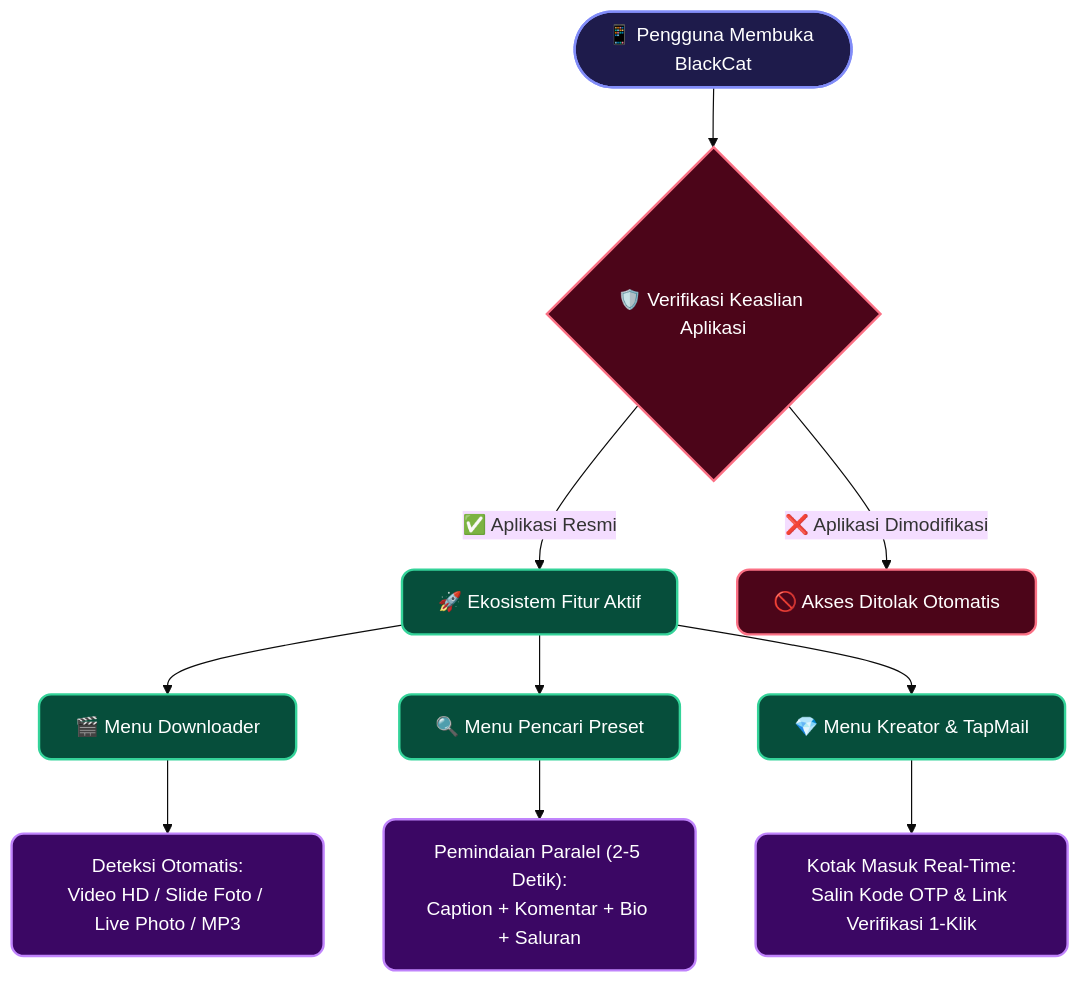
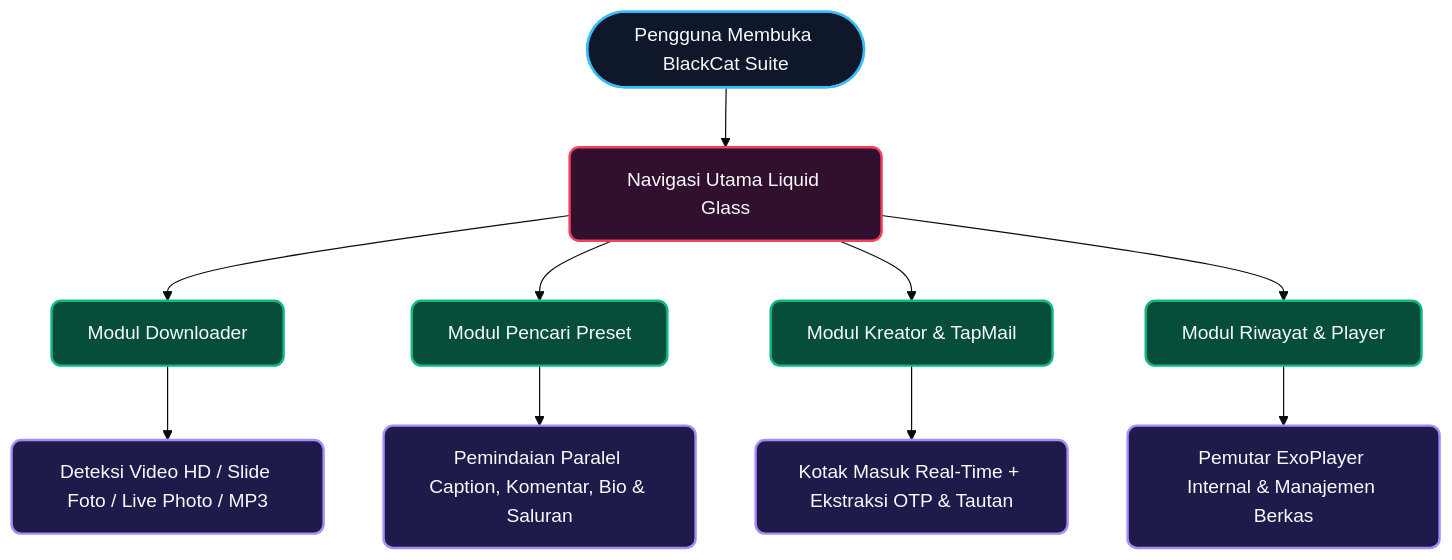
Before and after one commit to ClayAnonim/DwonBlackCat: the first of 2 diagrams in README.md, drawn with Mermaid (base theme). The commit also changed other lines of this file, not shown here.

````diff
--- a/README.md
+++ b/README.md
@@ -99,19 +108,19 @@
 ```mermaid
 flowchart TD
-    classDef start fill:#1E1B4B,stroke:#818CF8,stroke-width:2px,color:#ffffff,rx:12,ry:12
-    classDef guard fill:#4C0519,stroke:#FB7185,stroke-width:2px,color:#ffffff,rx:10,ry:10
-    classDef feature fill:#064E3B,stroke:#34D399,stroke-width:2px,color:#ffffff,rx:10,ry:10
-    classDef result fill:#3B0764,stroke:#C084FC,stroke-width:2px,color:#ffffff,rx:10,ry:10
+    classDef client fill:#0F172A,stroke:#38BDF8,stroke-width:2px,color:#F8FAFC,rx:8,ry:8
+    classDef hub fill:#31102F,stroke:#F43F5E,stroke-width:2px,color:#F8FAFC,rx:8,ry:8
+    classDef module fill:#064E3B,stroke:#10B981,stroke-width:2px,color:#F8FAFC,rx:8,ry:8
+    classDef output fill:#1E1B4B,stroke:#A78BFA,stroke-width:2px,color:#F8FAFC,rx:8,ry:8
 
-    A(["📱 Pengguna Membuka BlackCat"]):::start --> B{"🛡️ Verifikasi Keaslian Aplikasi"}:::guard
-    B -- "✅ Aplikasi Resmi" --> C["🚀 Ekosistem Fitur Aktif"]:::feature
-    B -- "❌ Aplikasi Dimodifikasi" --> X["🚫 Akses Ditolak Otomatis"]:::guard
+    Start(["Pengguna Membuka BlackCat Suite"]):::client --> Nav["Navigasi Utama Liquid Glass"]:::hub
 
-    C --> D["🎬 Menu Downloader"]:::feature
-    C --> E["🔍 Menu Pencari Preset"]:::feature
-    C --> F["💎 Menu Kreator & TapMail"]:::feature
+    Nav --> ModA["Modul Downloader"]:::module
+    Nav --> ModB["Modul Pencari Preset"]:::module
+    Nav --> ModC["Modul Kreator & TapMail"]:::module
+    Nav --> ModD["Modul Riwayat & Player"]:::module
 
-    D --> D1["Deteksi Otomatis:<br/>Video HD / Slide Foto / Live Photo / MP3"]:::result
-    E --> E1["Pemindaian Paralel (2-5 Detik):<br/>Caption + Komentar + Bio + Saluran"]:::result
-    F --> F1["Kotak Masuk Real-Time:<br/>Salin Kode OTP & Link Verifikasi 1-Klik"]:::result
+    ModA --> OutA["Deteksi Video HD / Slide Foto / Live Photo / MP3"]:::output
+    ModB --> OutB["Pemindaian Paralel Caption, Komentar, Bio & Saluran"]:::output
+    ModC --> OutC["Kotak Masuk Real-Time + Ekstraksi OTP & Tautan"]:::output
+    ModD --> OutD["Pemutar ExoPlayer Internal & Manajemen Berkas"]:::output
 ```
````
